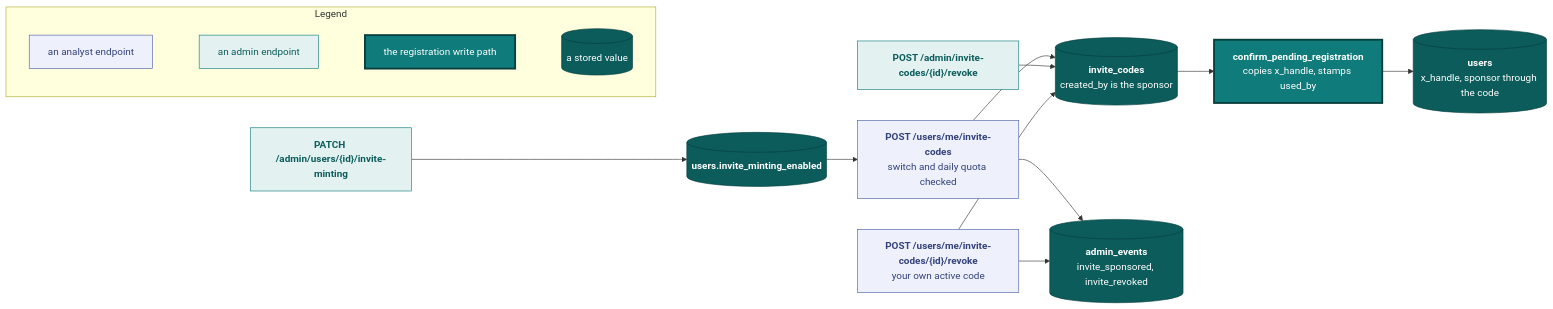
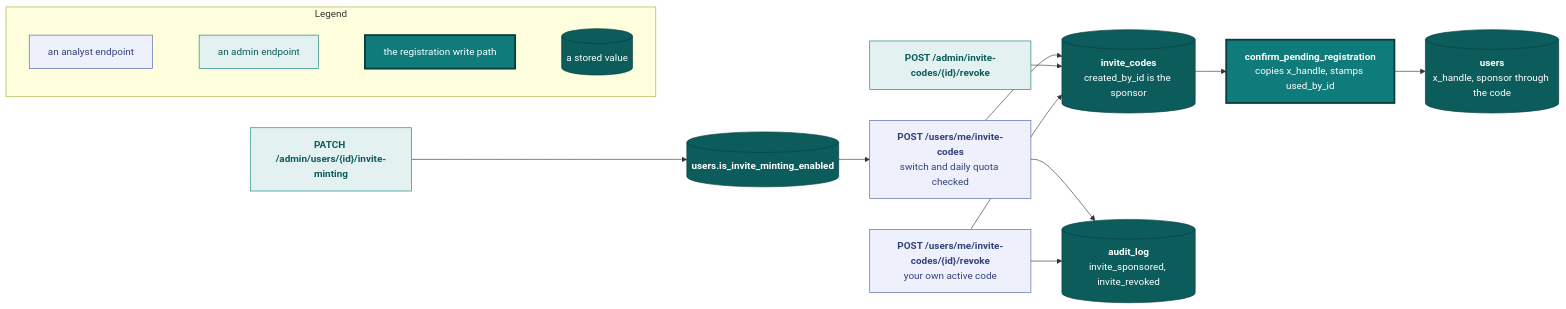
One commit to vidithq/vidit changed the seventh of 9 diagrams in docs/api.md. Above: the diagram before and after it, drawn with Mermaid. The commit also changed other lines of this file and 617 other files, not shown here.

````diff
--- a/docs/api.md
+++ b/docs/api.md
@@ -2539,42 +2503,42 @@
 ```mermaid
 flowchart LR
   classDef spec fill:#eef1fb,stroke:#4a5fa5,color:#33417a
   classDef shared fill:#e3f2f1,stroke:#0f7b7a,color:#0b5c5b
   classDef core fill:#0f7b7a,stroke:#083f3e,stroke-width:3px,color:#ffffff
   classDef store fill:#0b5c5b,stroke:#083f3e,color:#ffffff
 
   subgraph legend [Legend]
     direction LR
     l1["`an analyst endpoint`"]:::spec
     l2["`an admin endpoint`"]:::shared
     l3["`the registration write path`"]:::core
     l4[("`a stored value`")]:::store
     l1 ~~~ l2 ~~~ l3 ~~~ l4
   end
 
   mint["`**POST /users/me/invite-codes**
   switch and daily quota checked`"]:::spec
   switch["`**PATCH /admin/users/{id}/invite-minting**`"]:::shared
   revoke["`**POST /admin/invite-codes/{id}/revoke**`"]:::shared
   selfrevoke["`**POST /users/me/invite-codes/{id}/revoke**
   your own active code`"]:::spec
-  flag[("`**users.invite_minting_enabled**`")]:::store
+  flag[("`**users.is_invite_minting_enabled**`")]:::store
   code[("`**invite_codes**
-  created_by is the sponsor`")]:::store
-  audit[("`**admin_events**
+  created_by_id is the sponsor`")]:::store
+  audit[("`**audit_log**
   invite_sponsored, invite_revoked`")]:::store
   confirm["`**confirm_pending_registration**
-  copies x_handle, stamps used_by`"]:::core
+  copies x_handle, stamps used_by_id`"]:::core
   account[("`**users**
   x_handle, sponsor through the code`")]:::store
 
   switch --> flag
   flag --> mint
   mint --> code
   mint --> audit
   revoke --> code
   selfrevoke --> code
   selfrevoke --> audit
   code --> confirm
   confirm --> account
 ```
````
